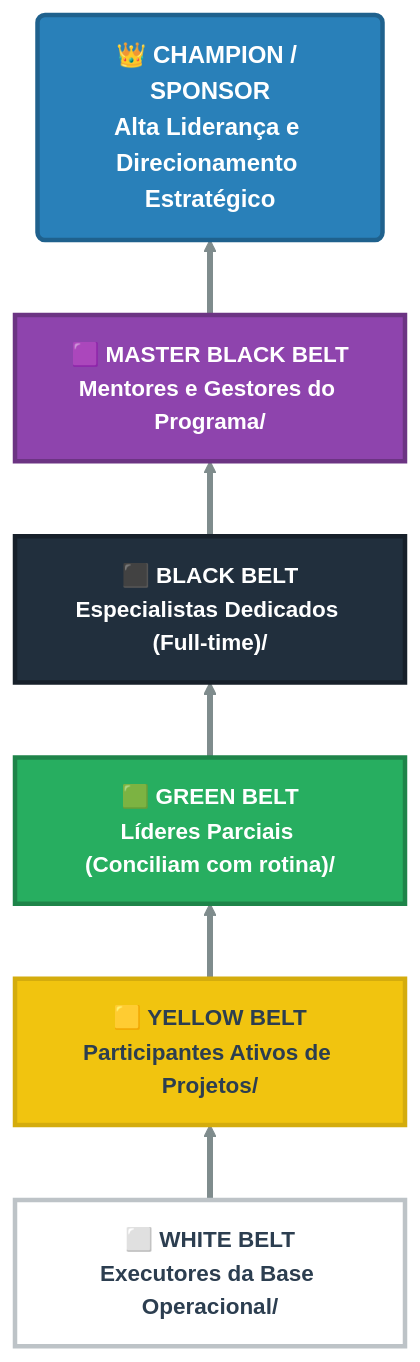
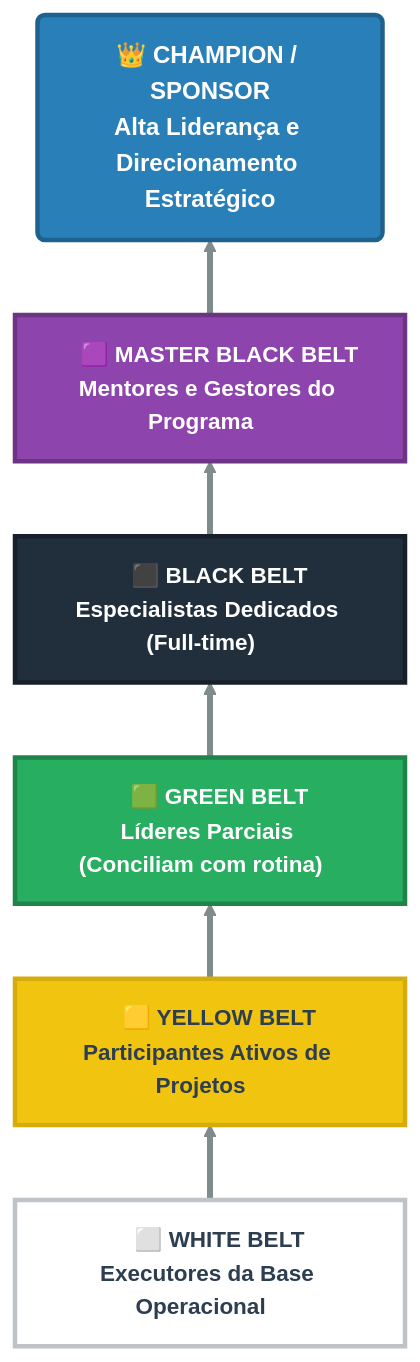
The third of 11 diagrams in chapters/cap2-modelos-gestao.qmd (rafasfer2/MiningAnalyticsBook), drawn with Mermaid (neutral theme) before and after one commit. The commit also changed other lines of this file and 2 other files, not shown here.

Commit message:
Cap2: atualizar MASP/PDCA e incluir exercicio de retrabalho

````diff
--- a/chapters/cap2-modelos-gestao.qmd
+++ b/chapters/cap2-modelos-gestao.qmd
@@ -444,37 +454,35 @@
 ```{mermaid}
+%%| label: fig-piramide-belts
+%%| fig-cap: "Estrutura de Níveis de Certificação Six Sigma"
+
 flowchart BT
-
     %% --- CONFIGURAÇÃO DE ESTILOS (Cores reais e letras grandes) ---
     classDef white fill:#ffffff,stroke:#bdc3c7,stroke-width:3px,color:#2c3e50,font-size:15px,font-weight:bold
     classDef yellow fill:#f1c40f,stroke:#d4ac0d,stroke-width:3px,color:#2c3e50,font-size:15px,font-weight:bold
     classDef green fill:#27ae60,stroke:#1e8449,stroke-width:3px,color:#ffffff,font-size:15px,font-weight:bold
     classDef black fill:#212f3d,stroke:#17202a,stroke-width:3px,color:#ffffff,font-size:15px,font-weight:bold
     classDef master fill:#8e44ad,stroke:#6c3483,stroke-width:3px,color:#ffffff,font-size:15px,font-weight:bold
     classDef champion fill:#2980b9,stroke:#1f618d,stroke-width:3px,color:#ffffff,font-size:16px,font-weight:bold
 
-    %% --- ESTRUTURA DOS NÓS (Base para o Topo) ---
-    W["⬜ WHITE BELT\nExecutores da Base Operacional"/]
-    Y["🟨 YELLOW BELT\nParticipantes Ativos de Projetos"/]
-    G["🟩 GREEN BELT\nLíderes Parciais (Conciliam com rotina)"/]
-    B["⬛ BLACK BELT\nEspecialistas Dedicados (Full-time)"/]
-    M["🟪 MASTER BLACK BELT\nMentores e Gestores do Programa"/]
-    C("👑 CHAMPION / SPONSOR\nAlta Liderança e Direcionamento Estratégico")
+    W["&nbsp;&nbsp;&nbsp;⬜ WHITE BELT<br>Executores da Base Operacional&nbsp;&nbsp;&nbsp;"]
+    Y["&nbsp;&nbsp;&nbsp;🟨 YELLOW BELT<br>Participantes Ativos de Projetos&nbsp;&nbsp;&nbsp;"]
+    G["&nbsp;&nbsp;&nbsp;🟩 GREEN BELT<br>Líderes Parciais (Conciliam com rotina)&nbsp;&nbsp;&nbsp;"]
+    B["&nbsp;&nbsp;&nbsp;⬛ BLACK BELT<br>Especialistas Dedicados (Full-time)&nbsp;&nbsp;&nbsp;"]
+    M["&nbsp;&nbsp;&nbsp;🟪 MASTER BLACK BELT<br>Mentores e Gestores do Programa&nbsp;&nbsp;&nbsp;"]
+    C("👑 CHAMPION / SPONSOR<br>Alta Liderança e Direcionamento Estratégico")
 
-    %% --- CONEXÕES (Ascensão) ---
     W ==> Y
     Y ==> G
     G ==> B
     B ==> M
     M ==> C
 
-    %% Engrossando as linhas de promoção
     linkStyle default stroke:#7f8c8d,stroke-width:4px
 
-    %% --- APLICAÇÃO DOS ESTILOS ---
     class W white;
     class Y yellow;
     class G green;
     class B black;
     class M master;
     class C champion;
 ```
````
